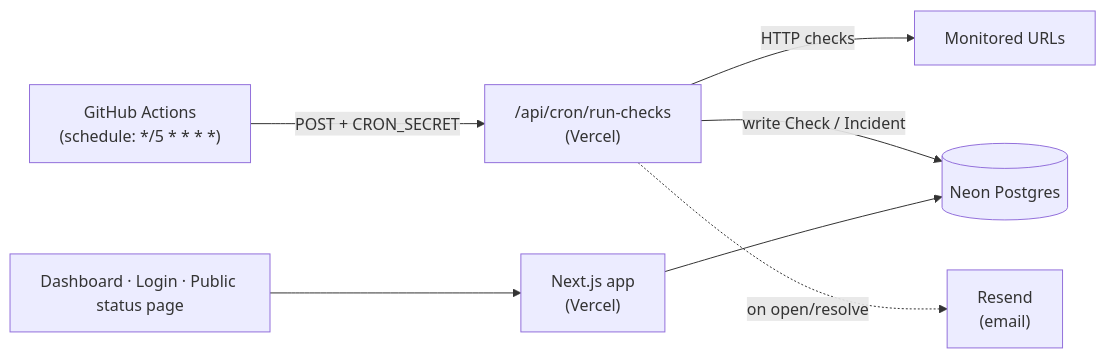
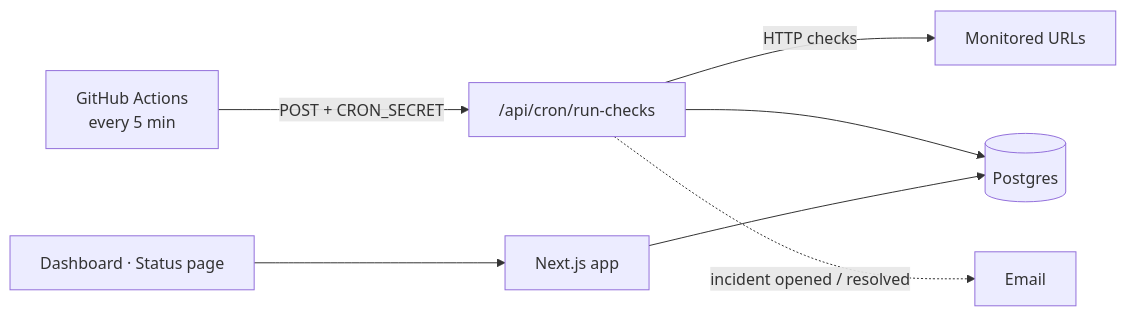
The diagram in README.md (chrismoussounda/status-pulse), drawn with Mermaid before and after one commit. The commit also changed other lines of this file and 8 other files, not shown here.

````diff
--- a/README.md
+++ b/README.md
@@ -22,17 +31,8 @@
 ```mermaid
 flowchart LR
-    Cron["GitHub Actions<br/>(schedule: */5 * * * *)"]
-    API["/api/cron/run-checks<br/>(Vercel)"]
-    App["Next.js app<br/>(Vercel)"]
-    DB[("Neon Postgres")]
-    Targets["Monitored URLs"]
-    Resend["Resend<br/>(email)"]
-    Browser["Dashboard · Login · Public status page"]
-
-    Cron -->|"POST + CRON_SECRET"| API
-    API -->|HTTP checks| Targets
-    API -->|"write Check / Incident"| DB
-    API -.->|on open/resolve| Resend
-    Browser --> App
-    App --> DB
+    Cron["GitHub Actions<br/>every 5 min"] -->|"POST + CRON_SECRET"| API["/api/cron/run-checks"]
+    API -->|HTTP checks| Targets["Monitored URLs"]
+    API --> DB[("Postgres")]
+    API -.->|incident opened / resolved| Resend["Email"]
+    Browser["Dashboard · Status page"] --> App["Next.js app"] --> DB
 ```
````
